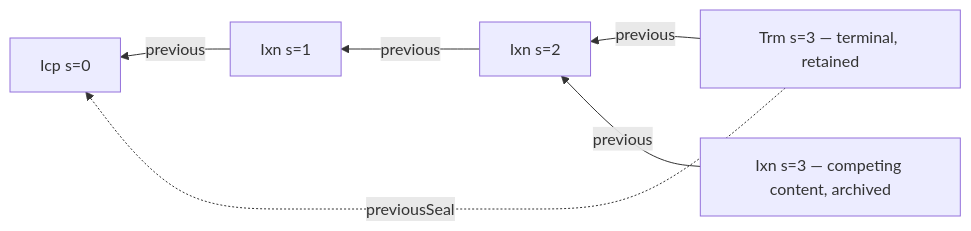
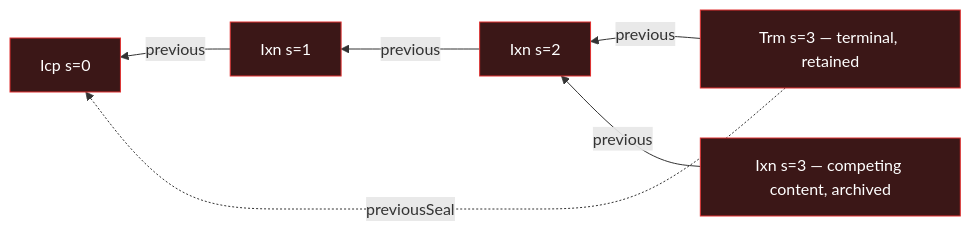
Before and after one commit to jasoncolburne/vdti: the second of 2 diagrams in docs/design/protocol-doctrine.md, drawn with Mermaid. The commit also changed other lines of this file and 13 other files, not shown here.

Commit message:
VDTI-10: Fix table, diagrams, other defects

````diff
--- a/docs/design/protocol-doctrine.md
+++ b/docs/design/protocol-doctrine.md
@@ -691,8 +692,9 @@
 ```mermaid
 flowchart RL
-  Trm["Trm s=3 — terminal, retained"] -->|previous| X2["Ixn s=2"]
-  X2 -->|previous| X1["Ixn s=1"]
-  X1 -->|previous| I0["Icp s=0"]
+  Trm["Trm s=3 — terminal, retained"]:::kel -->|previous| X2["Ixn s=2"]:::kel
+  X2 -->|previous| X1["Ixn s=1"]:::kel
+  X1 -->|previous| I0["Icp s=0"]:::kel
   Trm -.->|previousSeal| I0
-  Xc["Ixn s=3 — competing content, archived"] -->|previous| X2
+  Xc["Ixn s=3 — competing content, archived"]:::kel -->|previous| X2
+  classDef kel fill:#3b1717,stroke:#e03131,color:#fff
 ```
````
